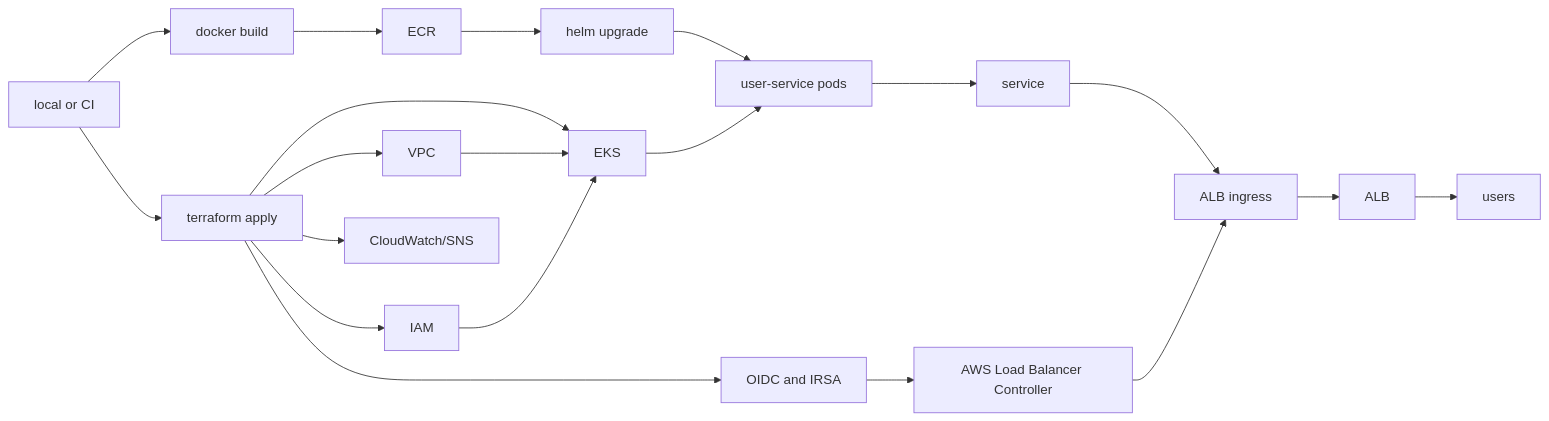
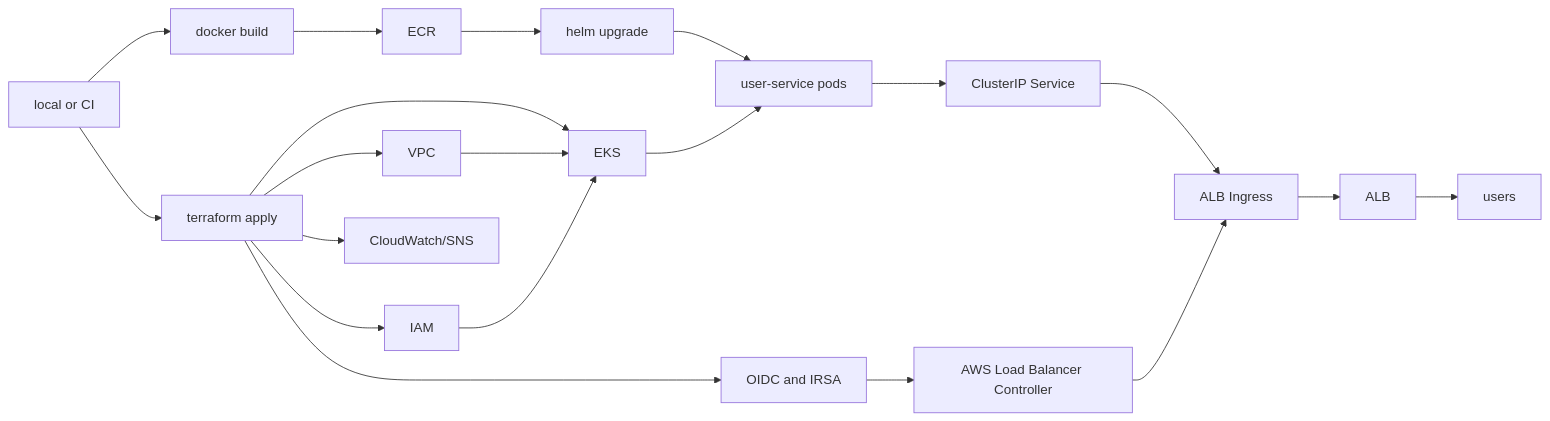
One commit to sashank1064/cloud-native-ci-cd changed the diagram in README.md. Above: the diagram before and after it, drawn with Mermaid. The commit also changed 2 other files, not shown here.

Commit message:
Add HPA template, autoscaling values, and update Mermaid diagram labels

````diff
--- a/README.md
+++ b/README.md
@@ -45,25 +45,25 @@
 ```mermaid
 flowchart LR
     Dev[local or CI] --> Build[docker build]
     Build --> ECR[ECR]
 
     Dev --> TF[terraform apply]
     TF --> VPC[VPC]
     TF --> EKS[EKS]
     TF --> IAM[IAM]
     TF --> IRSA[OIDC and IRSA]
     TF --> Alerts[CloudWatch/SNS]
 
     ECR --> Helm[helm upgrade]
     IRSA --> LBC[AWS Load Balancer Controller]
     Helm --> Pods[user-service pods]
-    Pods --> Svc[service]
-    Svc --> Ing[ALB ingress]
+    Pods --> Svc[ClusterIP Service]
+    Svc --> Ing[ALB Ingress]
     LBC --> Ing
     Ing --> ALB[ALB]
     ALB --> Users[users]
 
     VPC --> EKS
     IAM --> EKS
     EKS --> Pods
 ```
````
